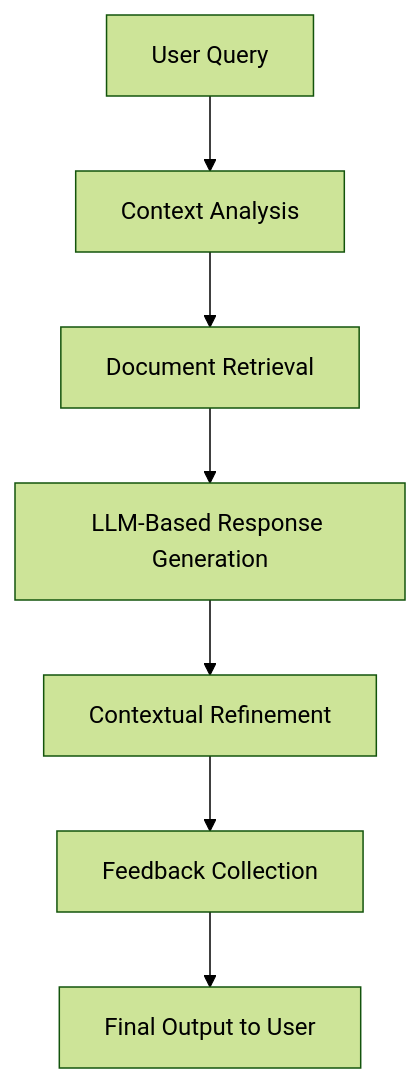
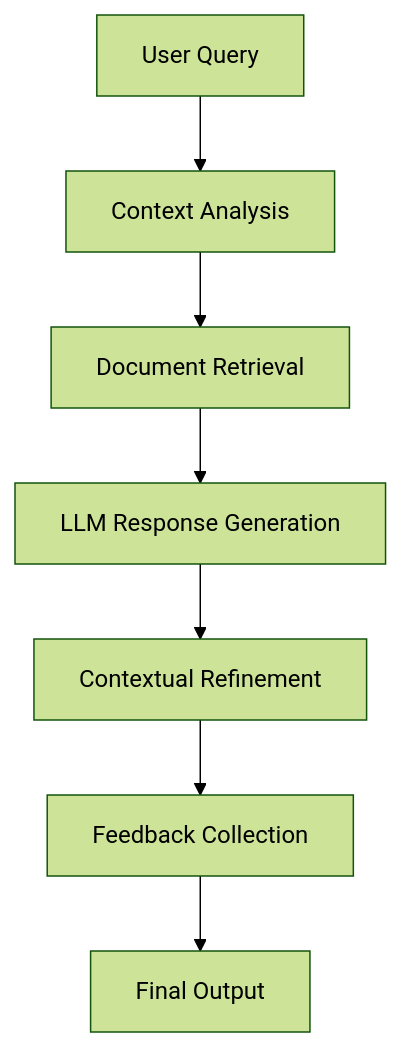
Before and after one commit to Dinuk-Di/RAG-Architectures: the seventh of 25 diagrams in Readme.md, drawn with Mermaid (forest theme). The commit also changed other lines of this file, not shown here.

````diff
--- a/Readme.md
+++ b/Readme.md
@@ -123,9 +151,9 @@
 ```mermaid
 flowchart TD
     A[User Query] --> B[Context Analysis]
     B --> C[Document Retrieval]
-    C --> D[LLM-Based Response Generation]
+    C --> D[LLM Response Generation]
     D --> E[Contextual Refinement]
     E --> F[Feedback Collection]
-    F --> G[Final Output to User]
+    F --> G[Final Output]
 ```
````
